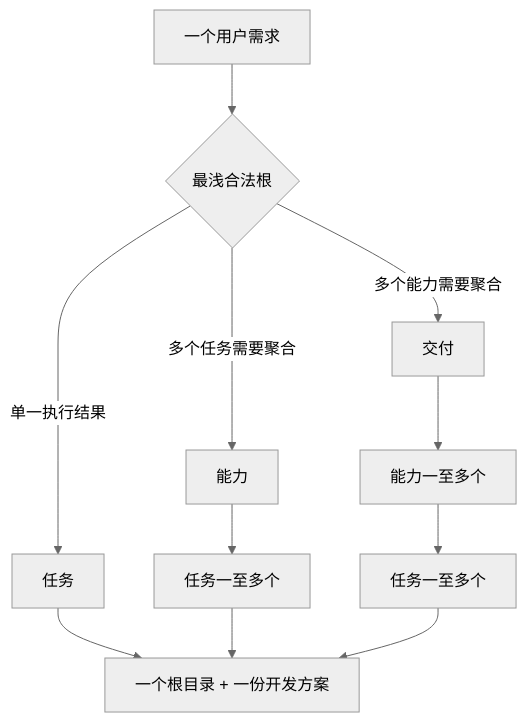
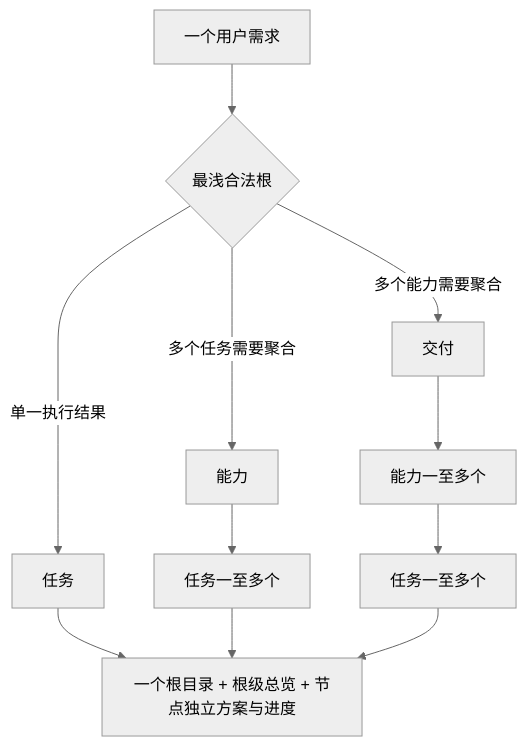
The first of 4 diagrams in skills/hierarchical-delivery-governance/references/workflow.md (feng123321li/gated-ai-dev-loop), drawn with Mermaid (neutral theme) before and after one commit. The commit also changed other lines of this file and 10 other files, not shown here.

````diff
--- a/skills/hierarchical-delivery-governance/references/workflow.md
+++ b/skills/hierarchical-delivery-governance/references/workflow.md
@@ -21,13 +21,13 @@
 ```mermaid
 flowchart TD
     A["一个用户需求"] --> R{"最浅合法根"}
     R -->|"单一执行结果"| T["任务"]
     R -->|"多个任务需要聚合"| C["能力"]
     R -->|"多个能力需要聚合"| D["交付"]
     C --> CT["任务一至多个"]
     D --> DC["能力一至多个"]
     DC --> DT["任务一至多个"]
-    T --> P["一个根目录 + 一份开发方案"]
+    T --> P["一个根目录 + 根级总览 + 节点独立方案与进度"]
     CT --> P
     DT --> P
 ```
````
